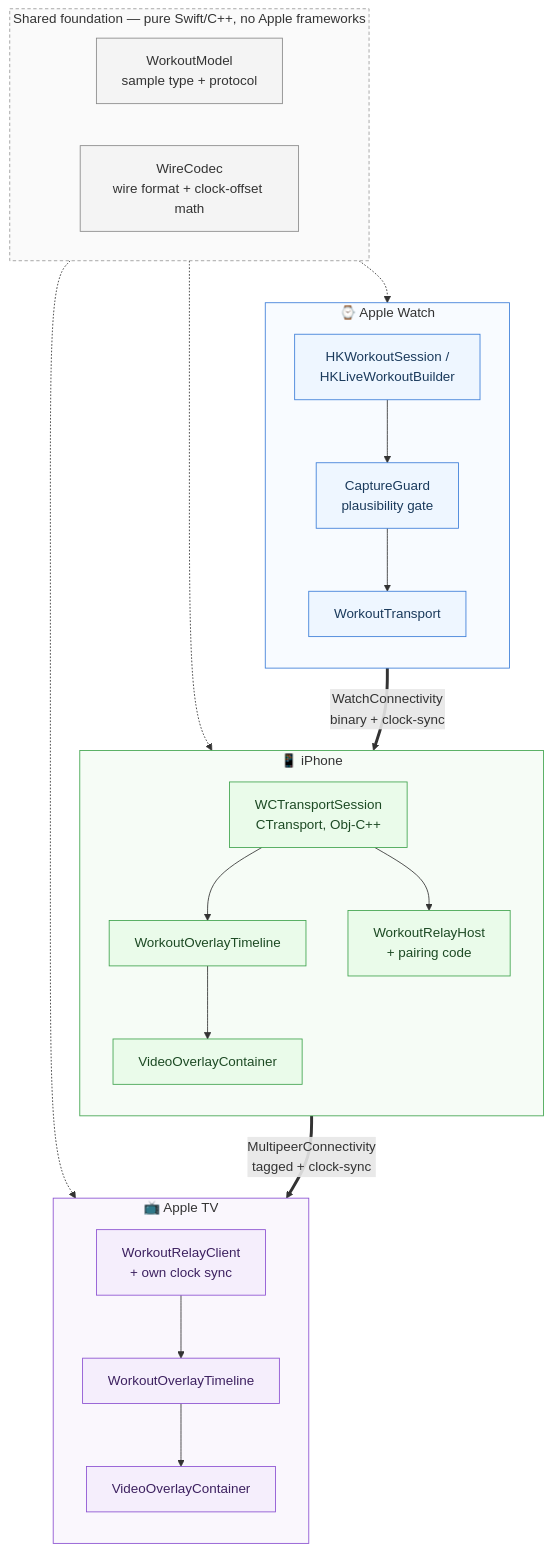
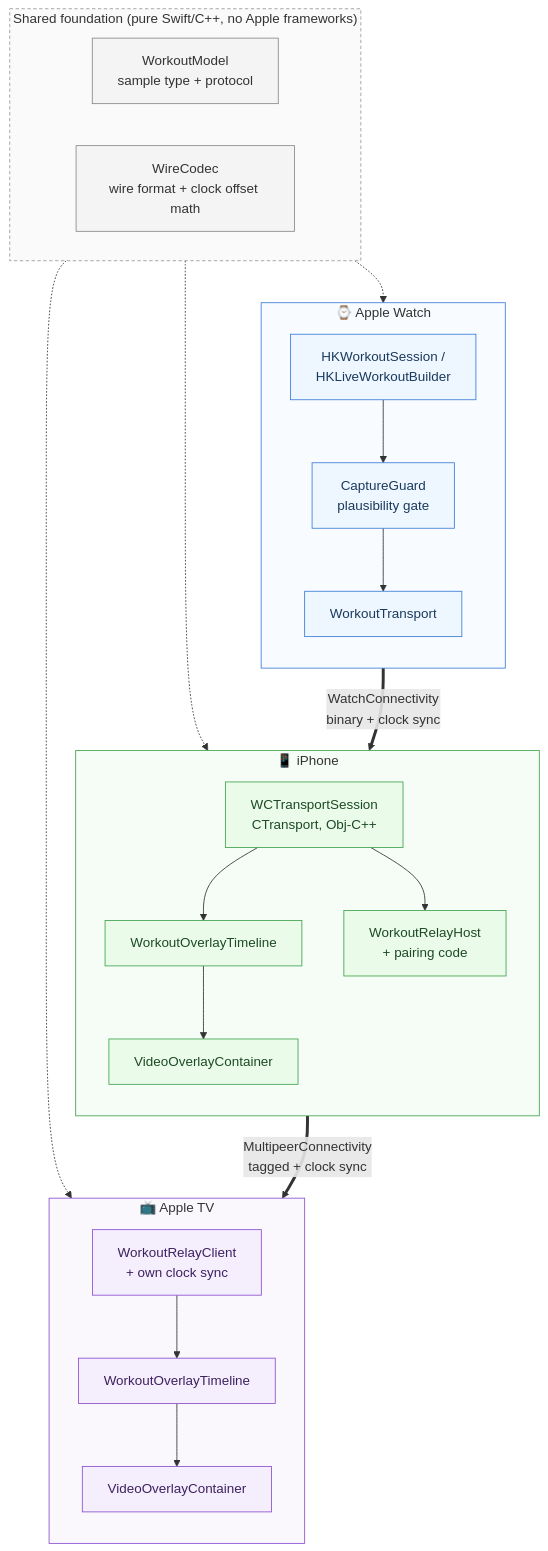
The diagram in README.md (sarac02/WorkoutSync), drawn with Mermaid before and after one commit. The commit also changed other lines of this file, not shown here.

````diff
--- a/README.md
+++ b/README.md
@@ -12,54 +9,54 @@
 ```mermaid
 flowchart TB
-    subgraph Shared["Shared foundation — pure Swift/C++, no Apple frameworks"]
+    subgraph Shared["Shared foundation (pure Swift/C++, no Apple frameworks)"]
         direction LR
         WM["WorkoutModel<br/>sample type + protocol"]
-        WC["WireCodec<br/>wire format + clock-offset math"]
+        WC["WireCodec<br/>wire format + clock offset math"]
     end
 
     subgraph Watch["⌚ Apple Watch"]
         direction TB
         HK["HKWorkoutSession /<br/>HKLiveWorkoutBuilder"]
         CG["CaptureGuard<br/>plausibility gate"]
         WT["WorkoutTransport"]
         HK --> CG --> WT
     end
 
     subgraph Phone["📱 iPhone"]
         direction TB
         WCT["WCTransportSession<br/>CTransport, Obj-C++"]
         OTP["WorkoutOverlayTimeline"]
         VOCP["VideoOverlayContainer"]
         RH["WorkoutRelayHost<br/>+ pairing code"]
         WCT --> OTP --> VOCP
         WCT --> RH
     end
 
     subgraph TV["📺 Apple TV"]
         direction TB
         RC["WorkoutRelayClient<br/>+ own clock sync"]
         OTT["WorkoutOverlayTimeline"]
         VOCT["VideoOverlayContainer"]
         RC --> OTT --> VOCT
     end
 
-    WT ==>|"WatchConnectivity<br/>binary + clock-sync"| WCT
-    RH ==>|"MultipeerConnectivity<br/>tagged + clock-sync"| RC
+    WT ==>|"WatchConnectivity<br/>binary + clock sync"| WCT
+    RH ==>|"MultipeerConnectivity<br/>tagged + clock sync"| RC
 
     Shared -.-> Watch
     Shared -.-> Phone
     Shared -.-> TV
 
     classDef watch fill:#eef6ff,stroke:#3b7dd8,color:#1a3a5c
     classDef phone fill:#eafbea,stroke:#3fa34d,color:#1d4a24
     classDef tv fill:#f5eefc,stroke:#8a4fd1,color:#3d2160
     classDef shared fill:#f4f4f4,stroke:#888,color:#333
     class HK,CG,WT watch
     class WCT,OTP,VOCP,RH phone
     class RC,OTT,VOCT tv
     class WM,WC shared
     style Watch fill:#f8fbff,stroke:#3b7dd8,stroke-width:1px
     style Phone fill:#f6fcf6,stroke:#3fa34d,stroke-width:1px
     style TV fill:#faf7fd,stroke:#8a4fd1,stroke-width:1px
     style Shared fill:#fafafa,stroke:#999,stroke-width:1px,stroke-dasharray: 4 3
 ```
````
